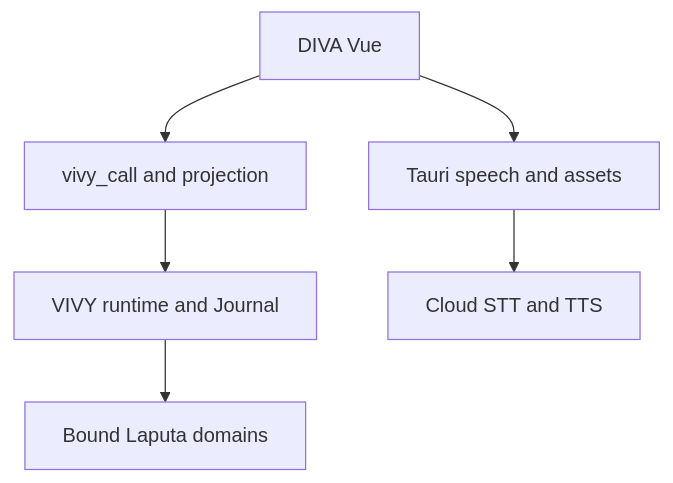
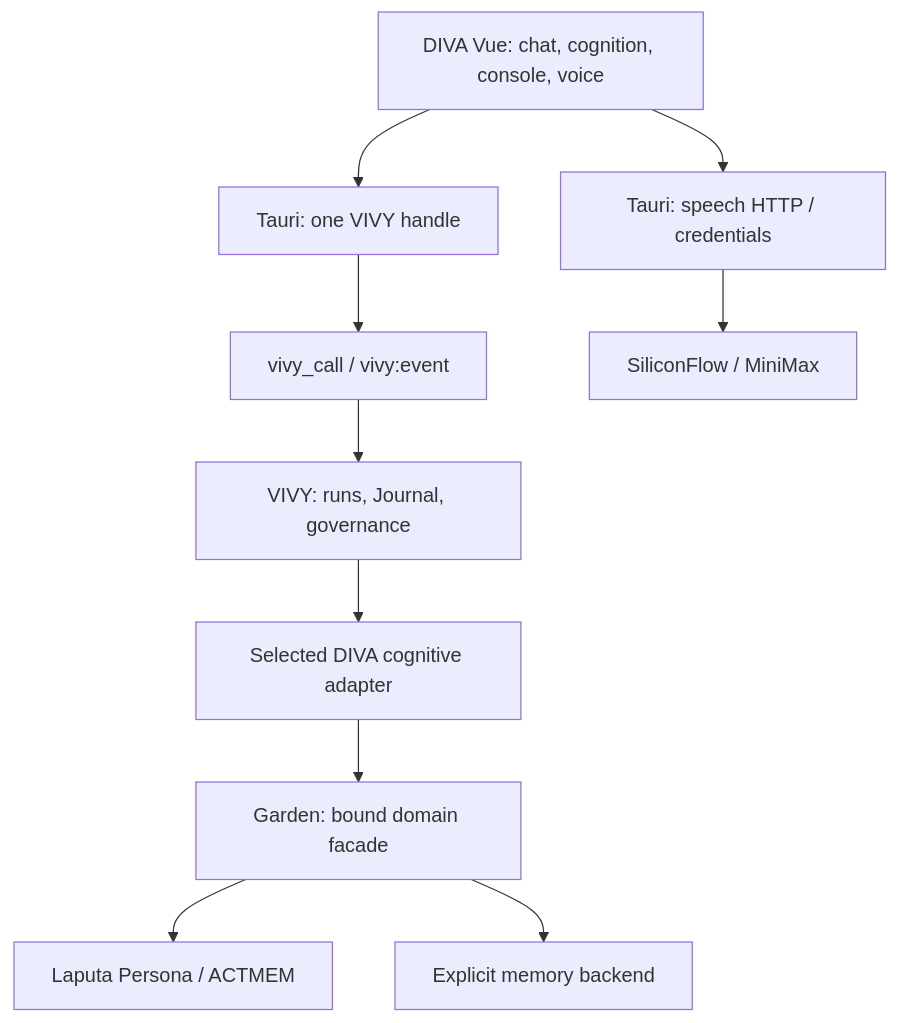
One commit to ProjectViVy/agent-diva changed the first of 4 diagrams in docs/plans/diva-next/p0-design.md. Above: the diagram before and after it, drawn with Mermaid. The commit also changed other lines of this file and 19 other files, not shown here.

First line of the commit message:
docs: detail DIVA Next closure architecture

````diff
--- a/docs/plans/diva-next/p0-design.md
+++ b/docs/plans/diva-next/p0-design.md
@@ -94,8 +89,12 @@
 ```mermaid
 flowchart TD
-  UI["DIVA Vue"] --> VC["vivy_call and projection"]
-  VC --> V["VIVY runtime and Journal"]
-  V --> L["Bound Laputa domains"]
-  UI --> N["Tauri speech and assets"]
-  N --> C["Cloud STT and TTS"]
+  UI["DIVA Vue: chat, cognition, console, voice"] --> HOST["Tauri: one VIVY handle"]
+  HOST --> BRIDGE["vivy_call / vivy:event"]
+  BRIDGE --> V["VIVY: runs, Journal, governance"]
+  V --> AD["Selected DIVA cognitive adapter"]
+  AD --> G["Garden: bound domain facade"]
+  G --> P["Laputa Persona / ACTMEM"]
+  G --> M["Explicit memory backend"]
+  UI --> SPEECH["Tauri: speech HTTP / credentials"]
+  SPEECH --> CLOUD["SiliconFlow / MiniMax"]
 ```
````
